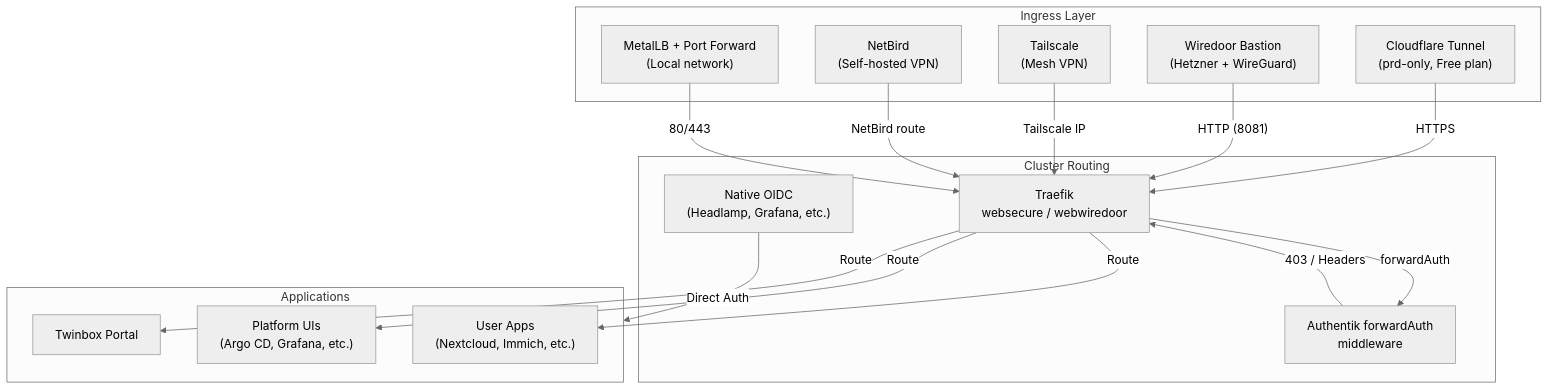
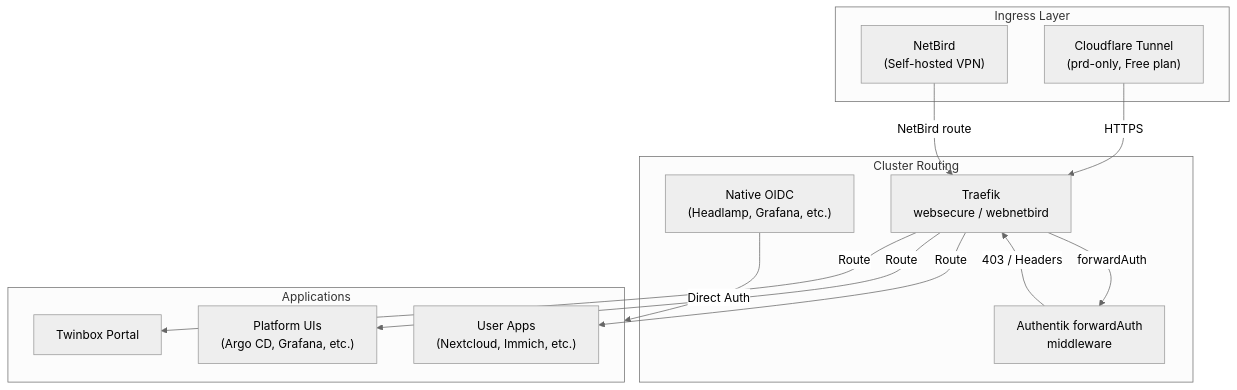
The fifth of 8 diagrams in docs/architecture.md (harrywesterman/Twinbox), drawn with Mermaid (neutral theme) before and after one commit. The commit also changed other lines of this file and 168 other files, not shown here.

````diff
--- a/docs/architecture.md
+++ b/docs/architecture.md
@@ -409,37 +404,31 @@
 ```mermaid
 graph TB
     subgraph Ingress["Ingress Layer"]
         CF["Cloudflare Tunnel<br/>(prd-only, Free plan)"]
-        WD["Wiredoor Bastion<br/>(Hetzner + WireGuard)"]
-        TS["Tailscale<br/>(Mesh VPN)"]
         NB["NetBird<br/>(Self-hosted VPN)"]
-        ML["MetalLB + Port Forward<br/>(Local network)"]
     end
 
     subgraph Routing["Cluster Routing"]
-        Traefik["Traefik<br/>websecure / webwiredoor"]
+        Traefik["Traefik<br/>websecure / webnetbird"]
         Auth["Authentik forwardAuth<br/>middleware"]
         OIDC["Native OIDC<br/>(Headlamp, Grafana, etc.)"]
     end
 
     subgraph Apps["Applications"]
         Portal["Twinbox Portal"]
         Platform["Platform UIs<br/>(Argo CD, Grafana, etc.)"]
         UserApps["User Apps<br/>(Nextcloud, Immich, etc.)"]
     end
 
     CF -->|"HTTPS"| Traefik
-    WD -->|"HTTP (8081)"| Traefik
-    TS -->|"Tailscale IP"| Traefik
     NB -->|"NetBird route"| Traefik
-    ML -->|"80/443"| Traefik
 
     Traefik -->|"forwardAuth"| Auth
     Auth -->|"403 / Headers"| Traefik
 
     Traefik -->|"Route"| Portal
     Traefik -->|"Route"| Platform
     Traefik -->|"Route"| UserApps
 
     OIDC -->|"Direct Auth"| Apps
 ```
````
